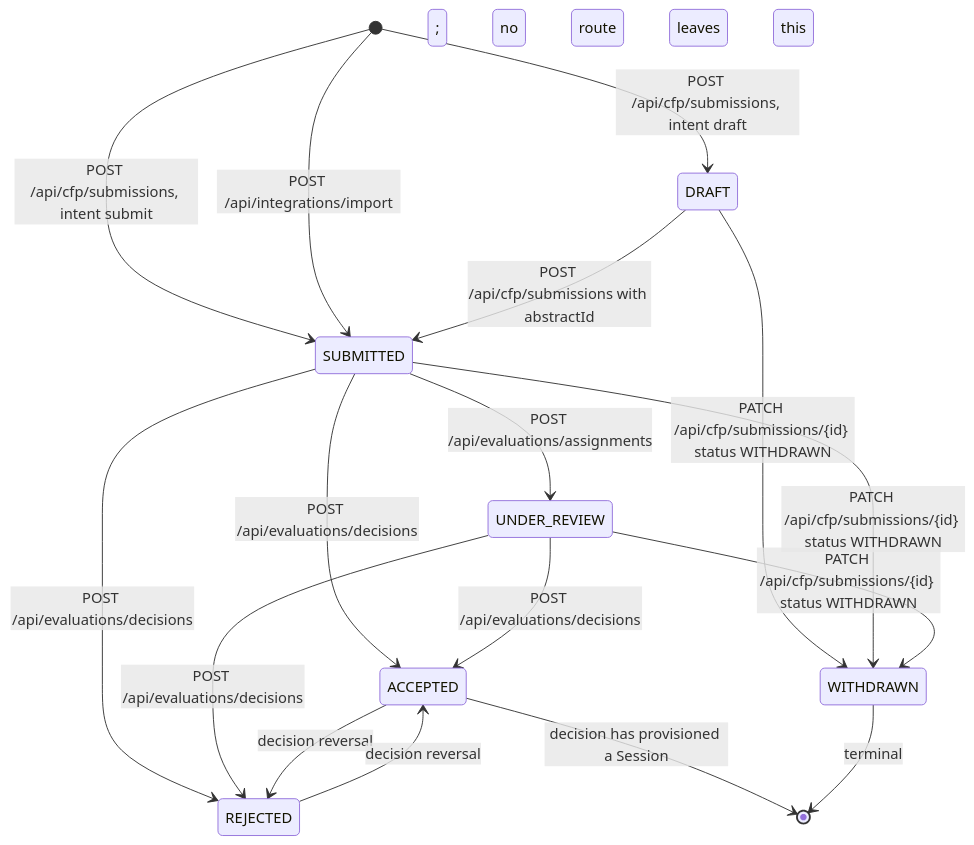
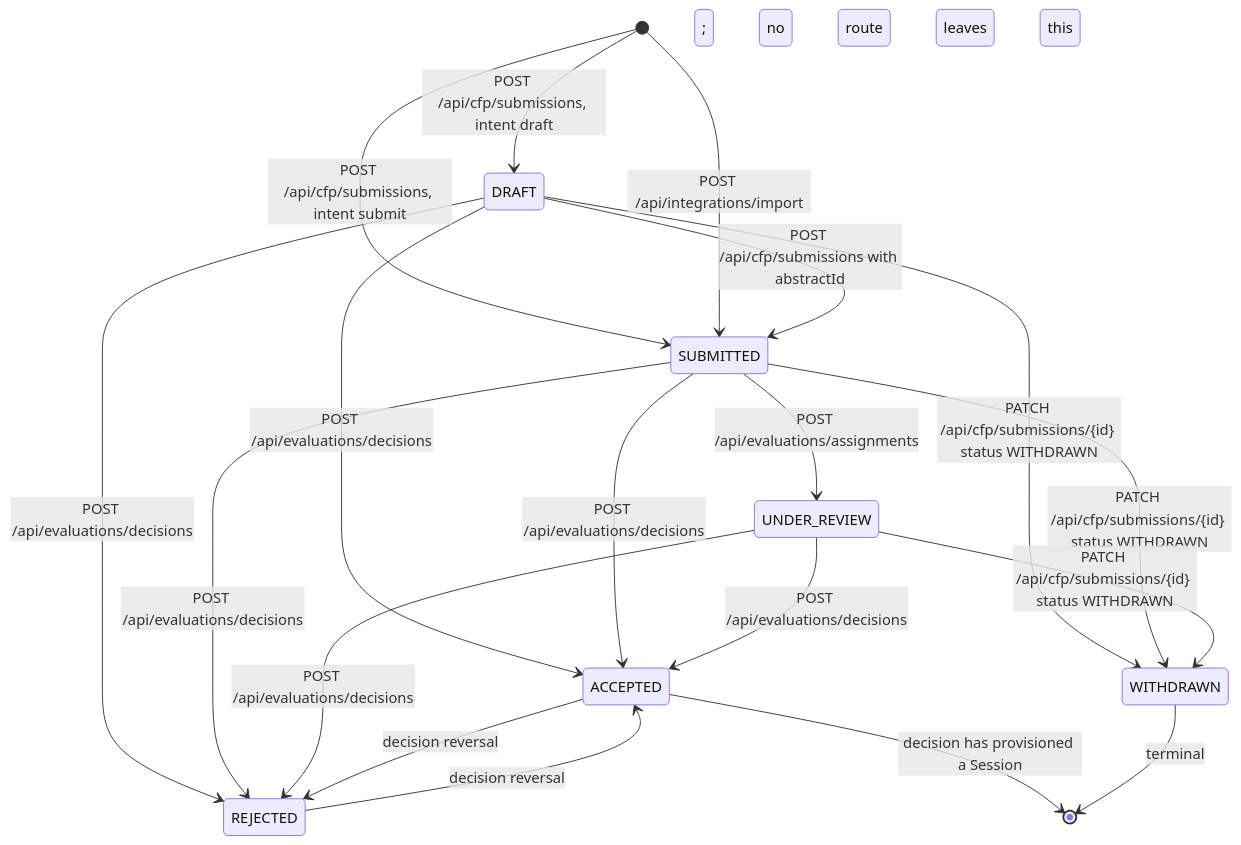
One commit to Frostbite1536/greenroom changed the first of 3 diagrams in docs/LIFECYCLE.md. Above: the diagram before and after it, drawn with Mermaid. The commit also changed other lines of this file and 4 other files, not shown here.

````diff
--- a/docs/LIFECYCLE.md
+++ b/docs/LIFECYCLE.md
@@ -17,19 +17,21 @@
 ```mermaid
 stateDiagram-v2
     [*] --> DRAFT: POST /api/cfp/submissions, intent draft
     [*] --> SUBMITTED: POST /api/cfp/submissions, intent submit
     [*] --> SUBMITTED: POST /api/integrations/import
     DRAFT --> SUBMITTED: POST /api/cfp/submissions with abstractId
+    DRAFT --> ACCEPTED: POST /api/evaluations/decisions
+    DRAFT --> REJECTED: POST /api/evaluations/decisions
     SUBMITTED --> UNDER_REVIEW: POST /api/evaluations/assignments
     SUBMITTED --> ACCEPTED: POST /api/evaluations/decisions
     SUBMITTED --> REJECTED: POST /api/evaluations/decisions
     UNDER_REVIEW --> ACCEPTED: POST /api/evaluations/decisions
     UNDER_REVIEW --> REJECTED: POST /api/evaluations/decisions
     ACCEPTED --> REJECTED: decision reversal
     REJECTED --> ACCEPTED: decision reversal
     DRAFT --> WITHDRAWN: PATCH /api/cfp/submissions/{id} status WITHDRAWN
     SUBMITTED --> WITHDRAWN: PATCH /api/cfp/submissions/{id} status WITHDRAWN
     UNDER_REVIEW --> WITHDRAWN: PATCH /api/cfp/submissions/{id} status WITHDRAWN
     ACCEPTED --> [*]: decision has provisioned a Session
     WITHDRAWN --> [*]: terminal; no route leaves this state
 ```
````
